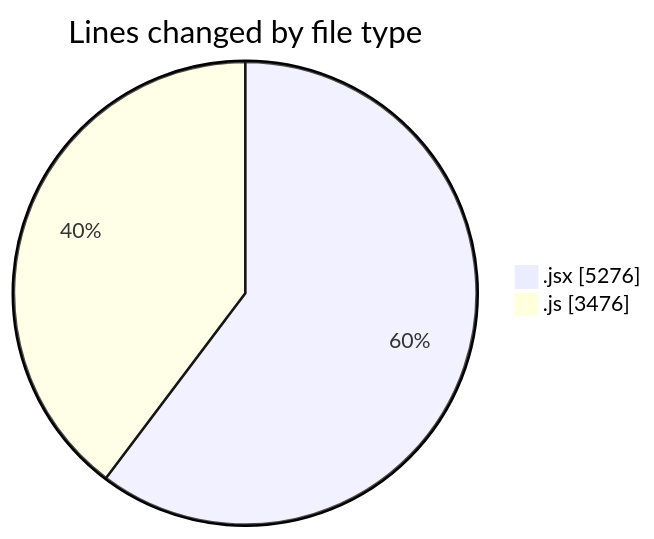
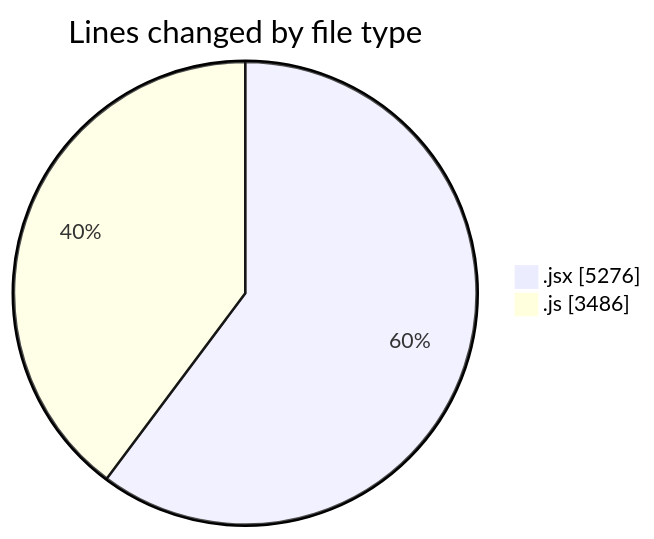
Before and after one commit to nxtqubesakshisongat/code-tracking: the first of 2 diagrams in 2025-07-30/nxtqube_webapp/README.md, drawn with Mermaid. The commit also changed other lines of this file and 1 other file, not shown here.

````diff
--- a/2025-07-30/nxtqube_webapp/README.md
+++ b/2025-07-30/nxtqube_webapp/README.md
@@ -35,6 +35,6 @@
 ```mermaid
 pie showData
 title Lines changed by file type
 ".jsx" : 5276
-".js" : 3476
+".js" : 3486
 ```
````
